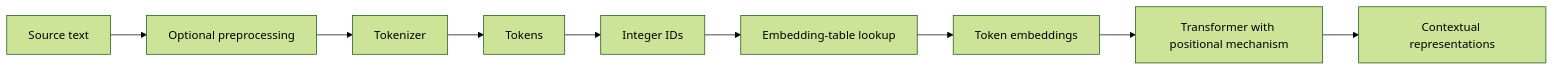
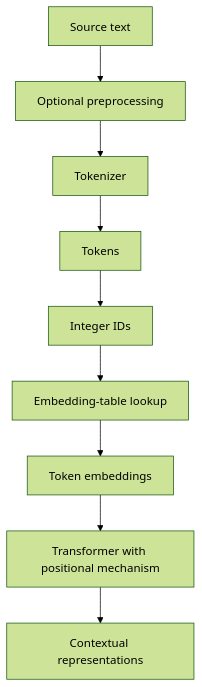
Before and after one commit to JM-Brun/llm-lab: the diagram in site/en/text-data.qmd, drawn with Mermaid (forest theme). The commit also changed other lines of this file and 2 other files, not shown here.

Commit message:
fix(site): restore readable text-data flow

````diff
--- a/site/en/text-data.qmd
+++ b/site/en/text-data.qmd
@@ -58,11 +58,11 @@
 ```{mermaid}
-flowchart LR
+flowchart TB
     A["Source text"] --> B["Optional preprocessing"]
     B --> C["Tokenizer"]
     C --> D["Tokens"]
     D --> E["Integer IDs"]
     E --> F["Embedding-table lookup"]
     F --> G["Token embeddings"]
     G --> H["Transformer with positional mechanism"]
     H --> I["Contextual representations"]
 ```
````
